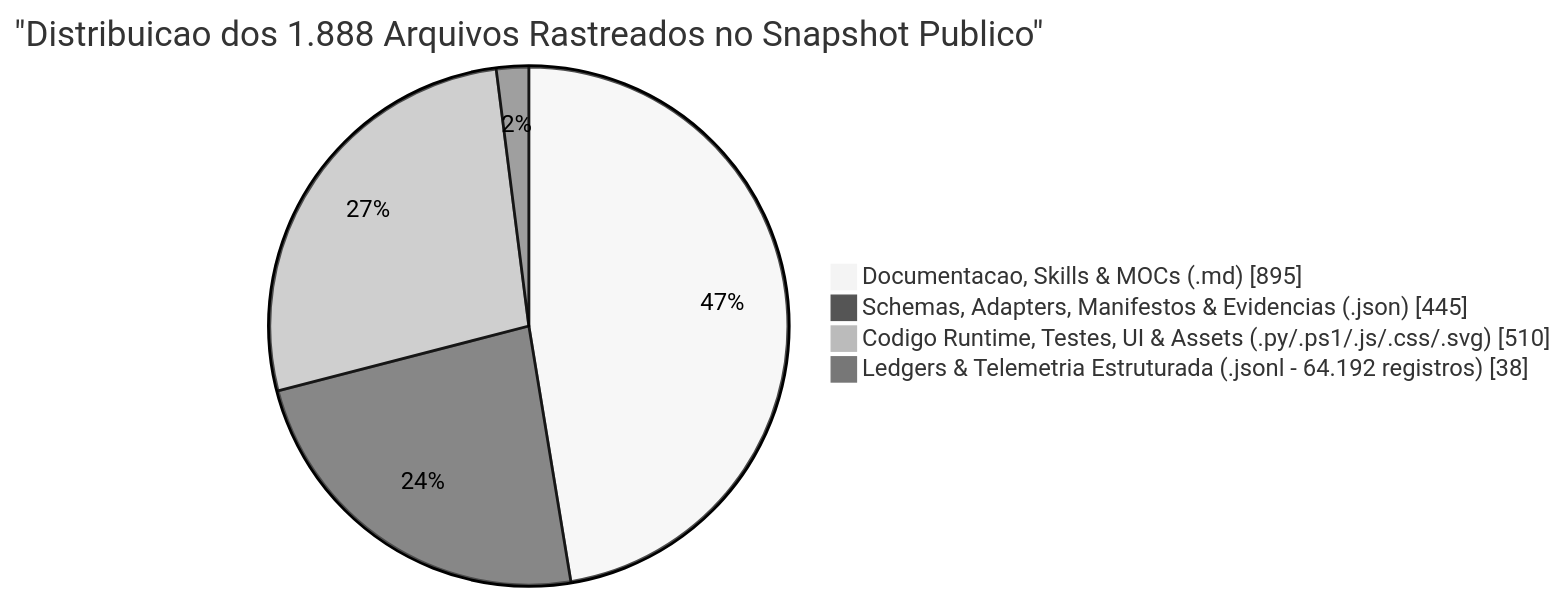
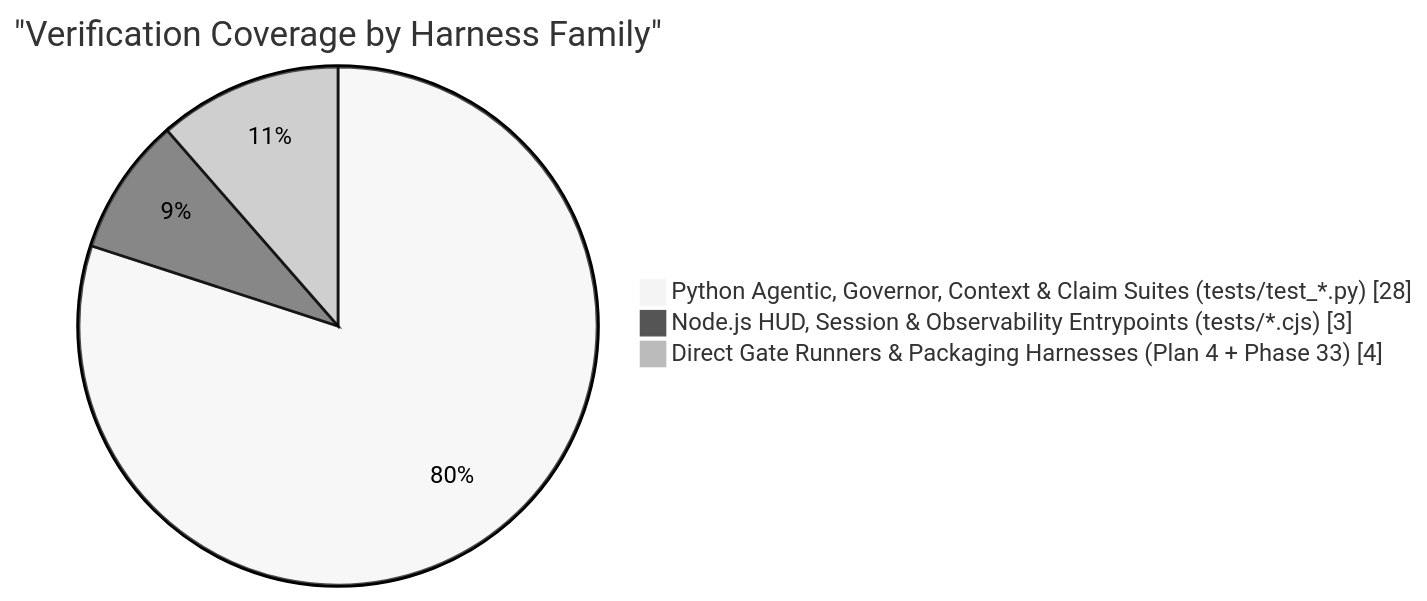
Before and after one commit to robertoatila/jarvis-skill-registry: the third of 3 diagrams in README.md, drawn with Mermaid (neutral theme). The commit also changed other lines of this file, not shown here.

````diff
--- a/README.md
+++ b/README.md
@@ -328,8 +212,7 @@
 ```mermaid
 pie showData
-    title "Distribuicao dos 1.888 Arquivos Rastreados no Snapshot Publico"
-    "Documentacao, Skills & MOCs (.md)" : 895
-    "Schemas, Adapters, Manifestos & Evidencias (.json)" : 445
-    "Codigo Runtime, Testes, UI & Assets (.py/.ps1/.js/.css/.svg)" : 510
-    "Ledgers & Telemetria Estruturada (.jsonl - 64.192 registros)" : 38
+    title "Verification Coverage by Harness Family"
+    "Python Agentic, Governor, Context & Claim Suites (tests/test_*.py)" : 28
+    "Node.js HUD, Session & Observability Entrypoints (tests/*.cjs)" : 3
+    "Direct Gate Runners & Packaging Harnesses (Plan 4 + Phase 33)" : 4
 ```
````
